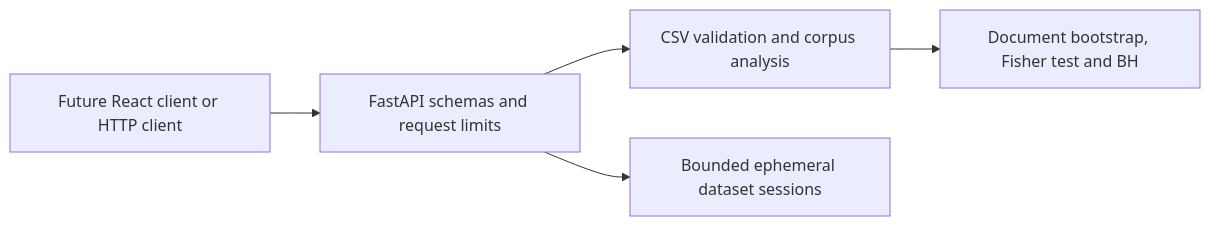
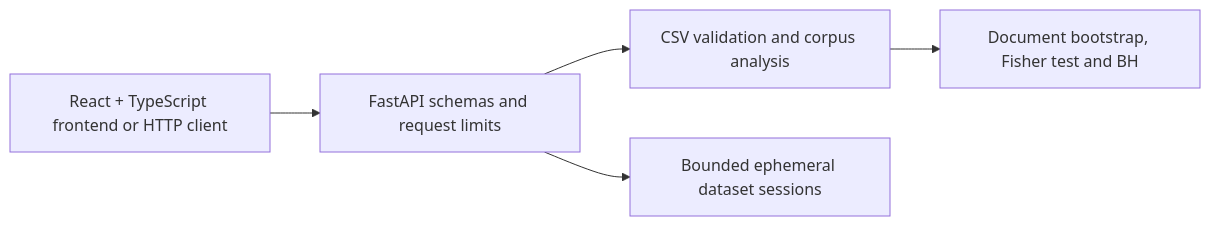
Before and after one commit to Tejas-Shivaji/word-detective-pro: the diagram in README.md, drawn with Mermaid. The commit also changed other lines of this file, not shown here.

````diff
--- a/README.md
+++ b/README.md
@@ -16,7 +15,7 @@
 ```mermaid
 flowchart LR
-    Client["Future React client or HTTP client"] --> API["FastAPI schemas and request limits"]
+    Client["React + TypeScript frontend or HTTP client"] --> API["FastAPI schemas and request limits"]
     API --> Core["CSV validation and corpus analysis"]
     API --> Sessions["Bounded ephemeral dataset sessions"]
     Core --> Statistics["Document bootstrap, Fisher test and BH"]
 ```
````
